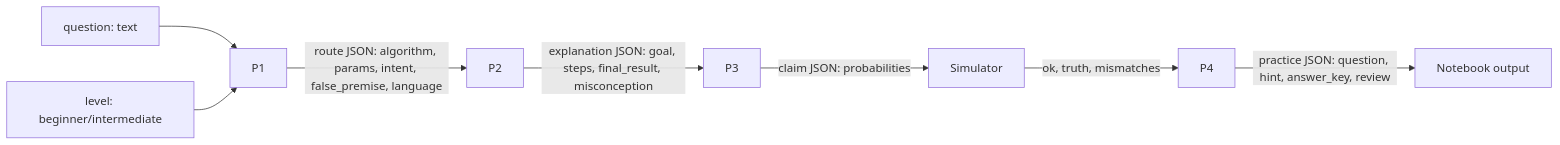
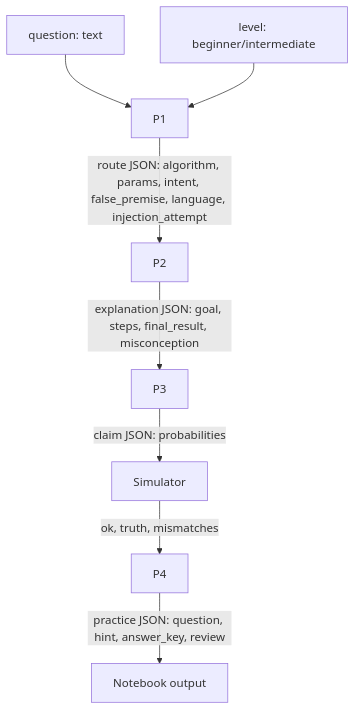
Before and after one commit to KingKartik9666/Prompt_Project: the third of 4 diagrams in docs/diagrams.md, drawn with Mermaid. The commit also changed other lines of this file and 22 other files, not shown here.

````diff
--- a/docs/diagrams.md
+++ b/docs/diagrams.md
@@ -30,10 +33,10 @@
 ```mermaid
-flowchart LR
+flowchart TB
     I1[question: text] --> P1
     I2[level: beginner/intermediate] --> P1
-    P1 -->|route JSON: algorithm, params, intent, false_premise, language| P2
+    P1 -->|route JSON: algorithm, params, intent, false_premise, language, injection_attempt| P2
     P2 -->|explanation JSON: goal, steps, final_result, misconception| P3
     P3 -->|claim JSON: probabilities| SIM[Simulator]
     SIM -->|ok, truth, mismatches| P4
     P4 -->|practice JSON: question, hint, answer_key, review| OUT[Notebook output]
 ```
````
